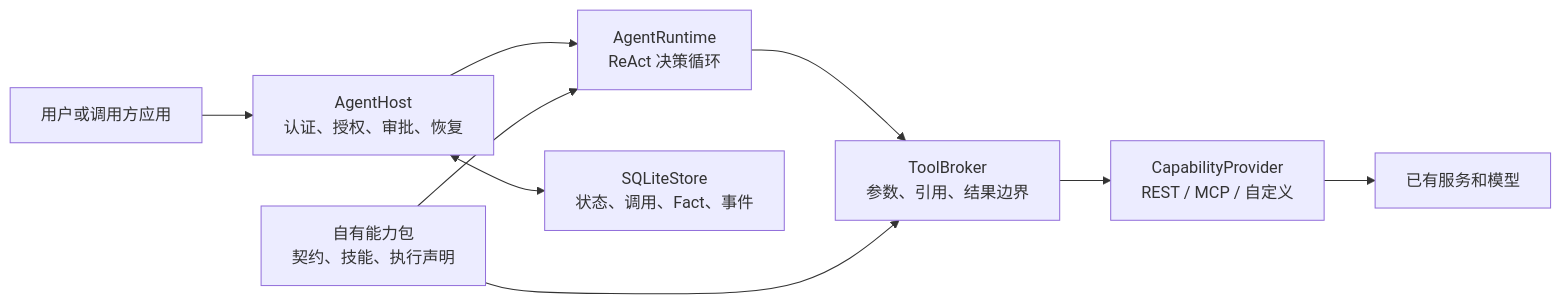
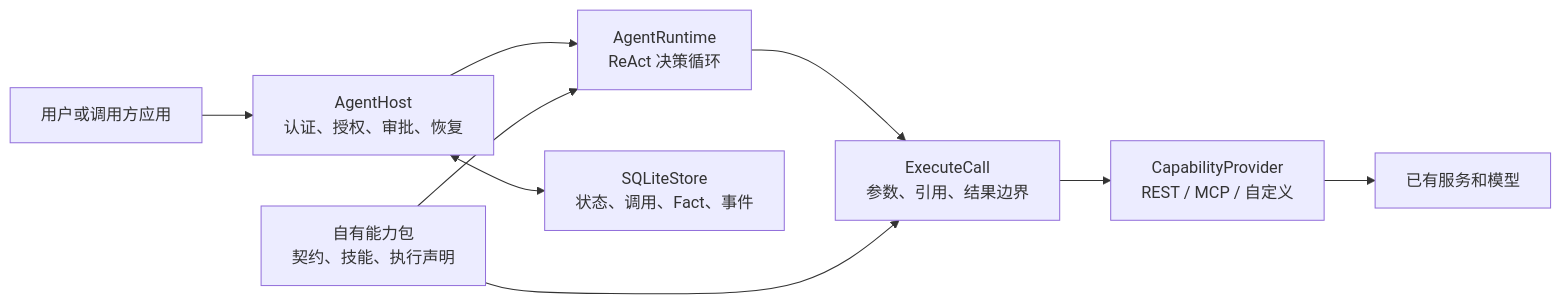
Before and after one commit to KHG420/agenstra: the diagram in README.zh-CN.md, drawn with Mermaid. The commit also changed other lines of this file and 88 other files, not shown here.

````diff
--- a/README.zh-CN.md
+++ b/README.zh-CN.md
@@ -17,11 +17,11 @@
 ```mermaid
 flowchart LR
     U[用户或调用方应用] --> H[AgentHost\n认证、授权、审批、恢复]
     H --> R[AgentRuntime\nReAct 决策循环]
-    R --> B[ToolBroker\n参数、引用、结果边界]
+    R --> B[ExecuteCall\n参数、引用、结果边界]
     P[自有能力包\n契约、技能、执行声明] --> R
     P --> B
     B --> C[CapabilityProvider\nREST / MCP / 自定义]
     C --> E[已有服务和模型]
     H <--> S[SQLiteStore\n状态、调用、Fact、事件]
 ```
````
